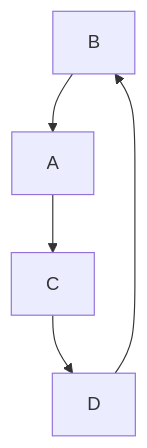
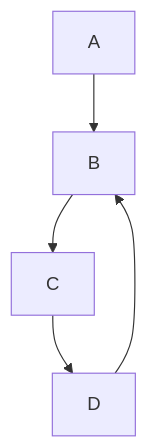
The second of 2 diagrams in README.md (jakki-prog/oop-workshop), drawn with Mermaid before and after one commit.

Commit message:
fixed my mermaid template

````diff
--- a/README.md
+++ b/README.md
@@ -13,7 +13,7 @@
 ```mermaid
 graph TD;
-  B-->A;
-  A-->C;
+  A-->B;
+  B-->C;
   C-->D;
   D-->B;
   ```
````
